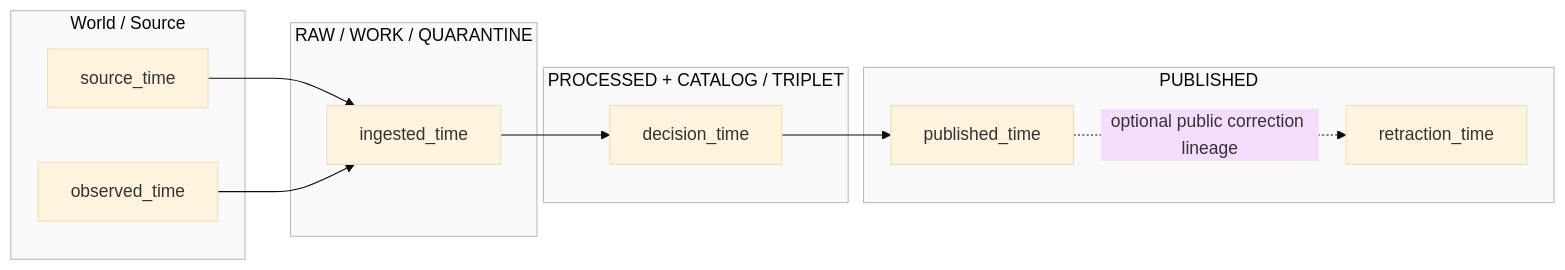
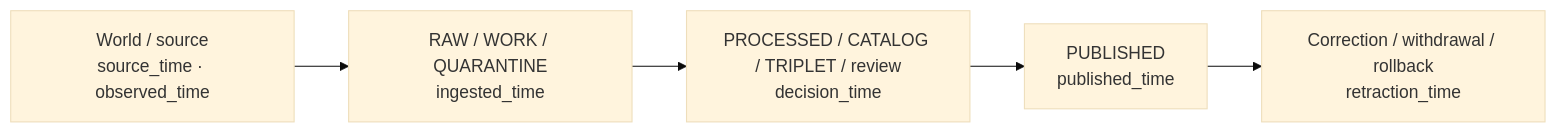
The second of 3 diagrams in docs/adr/ADR-0014-temporal-vocabulary--six-time-kinds-tracked.md (bartytime4life/Kansas-Frontier-Matrix), drawn with Mermaid (base theme) before and after one commit. The commit also changed other lines of this file, not shown here.

````diff
--- a/docs/adr/ADR-0014-temporal-vocabulary--six-time-kinds-tracked.md
+++ b/docs/adr/ADR-0014-temporal-vocabulary--six-time-kinds-tracked.md
@@ -175,26 +315,13 @@
 ```mermaid
 flowchart LR
-  subgraph world [World / Source]
-    ST["source_time"]
-    OT["observed_time"]
-  end
-  subgraph intake [RAW / WORK / QUARANTINE]
-    IT["ingested_time"]
-  end
-  subgraph governed [PROCESSED + CATALOG / TRIPLET]
-    DT["decision_time"]
-  end
-  subgraph release [PUBLISHED]
-    PT["published_time"]
-    RT["retraction_time"]
-  end
+    WORLD["World / source<br/>source_time · observed_time"]
+    INTAKE["RAW / WORK / QUARANTINE<br/>ingested_time"]
+    GOVERN["PROCESSED / CATALOG / TRIPLET / review<br/>decision_time"]
+    RELEASE["PUBLISHED<br/>published_time"]
+    REPAIR["Correction / withdrawal / rollback<br/>retraction_time"]
 
-  ST --> IT
-  OT --> IT
-  IT --> DT
-  DT --> PT
-  PT -.->|optional public correction lineage| RT
-
-  classDef phase fill:#fafafa,stroke:#bbb;
-  class world,intake,governed,release phase;
+    WORLD --> INTAKE
+    INTAKE --> GOVERN
+    GOVERN --> RELEASE
+    RELEASE --> REPAIR
 ```
````
